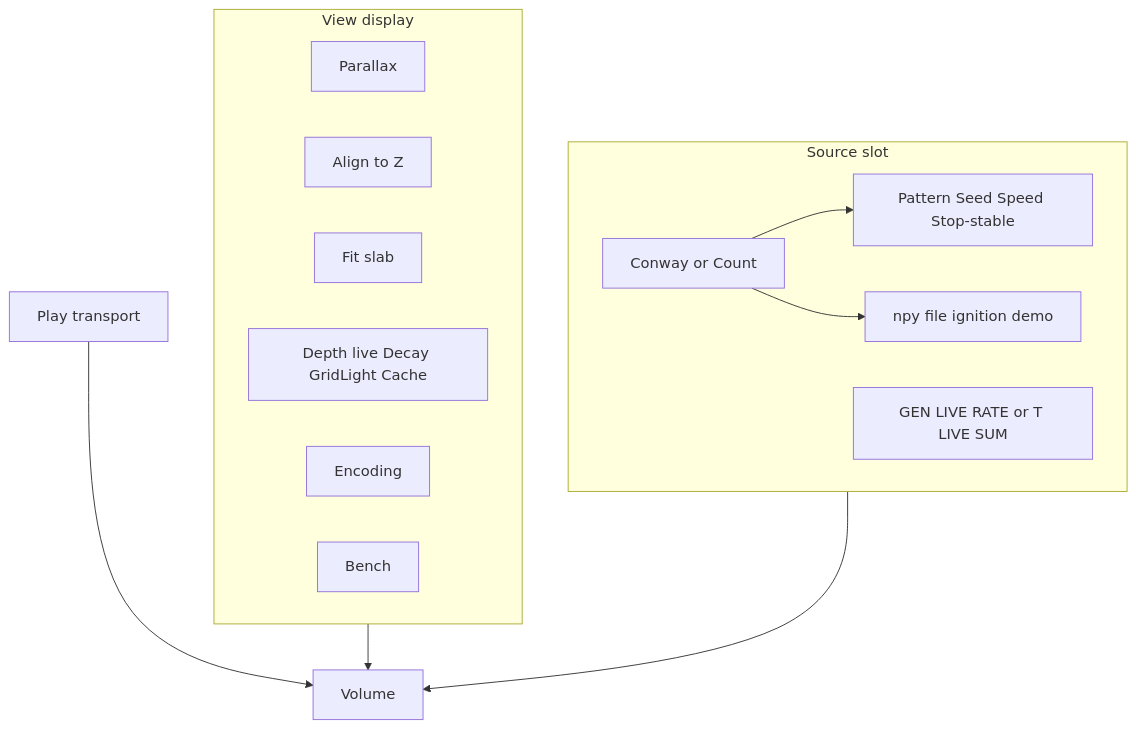
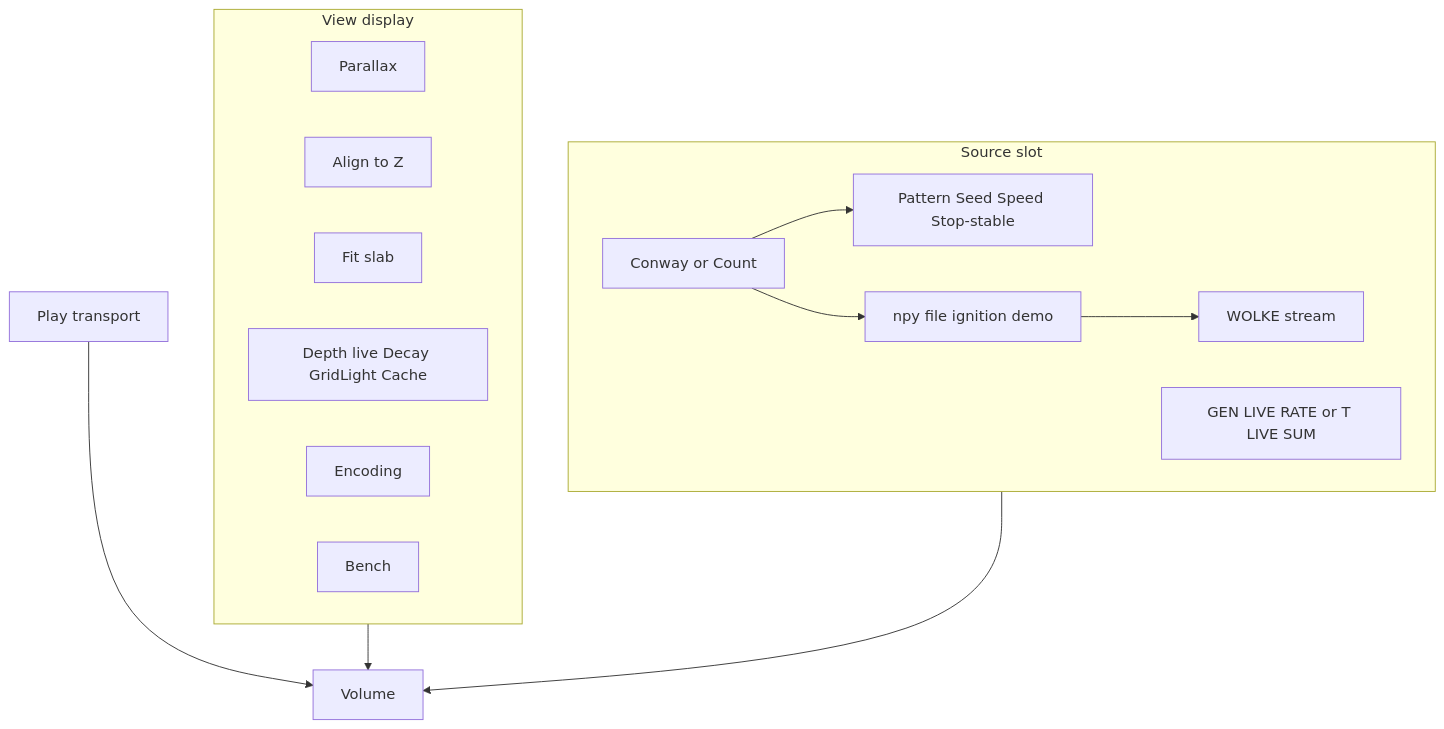
The third of 6 diagrams in docs/gui.md (PiMaV/DONNER), drawn with Mermaid before and after one commit. The commit also changed other lines of this file and 29 other files, not shown here.

First line of the commit message:
Add WOLKE count Stream and a rail-mounted CAD viewcube so sidecar cubes and axis snaps share one desktop viewer.

````diff
--- a/docs/gui.md
+++ b/docs/gui.md
@@ -55,23 +56,25 @@
 ```mermaid
 flowchart TB
   subgraph view [View display]
     bird[Parallax]
     align[Align to Z]
     fit[Fit slab]
     win[Depth live Decay GridLight Cache]
     enc[Encoding]
     bench[Bench]
   end
   subgraph source [Source slot]
     kind[Conway or Count]
     gen[GEN LIVE RATE or T LIVE SUM]
     conway[Pattern Seed Speed Stop-stable]
     npy[npy file ignition demo]
+    stream[WOLKE stream]
   end
   play[Play transport]
   view --> volume[Volume]
   play --> volume
   source --> volume
   kind --> conway
   kind --> npy
+  npy --> stream
 ```
````
